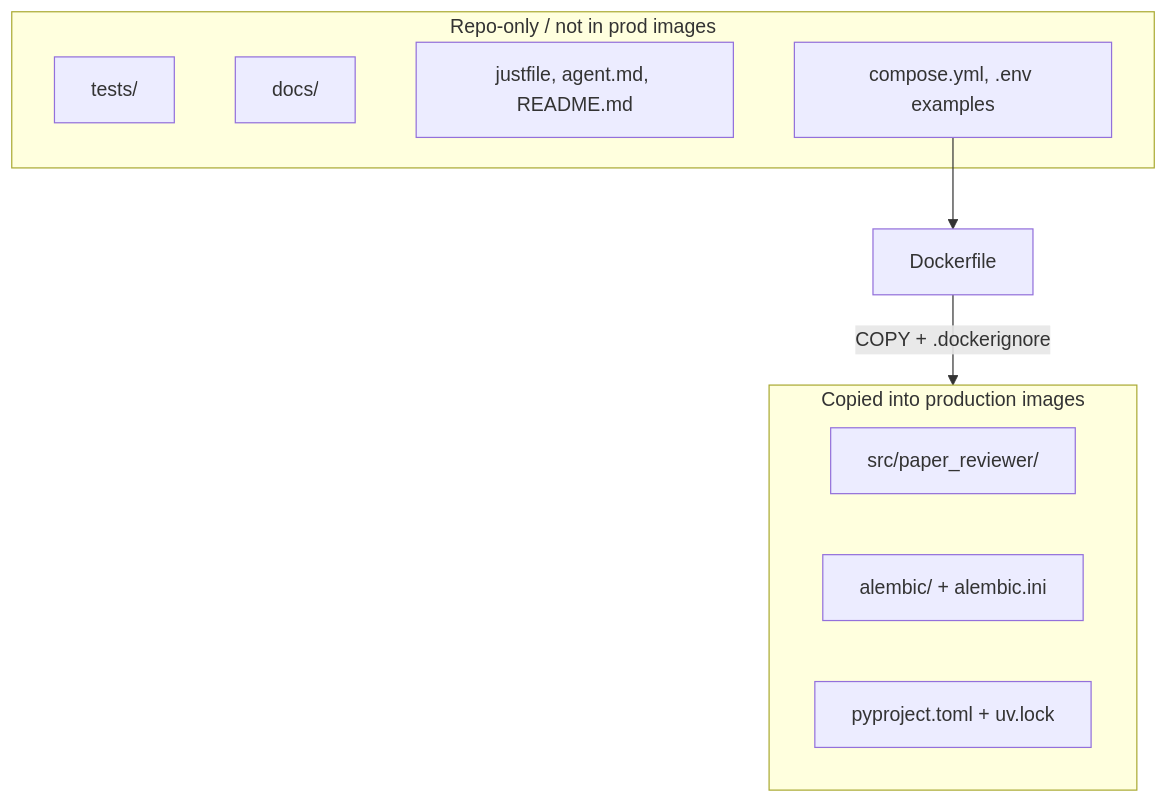
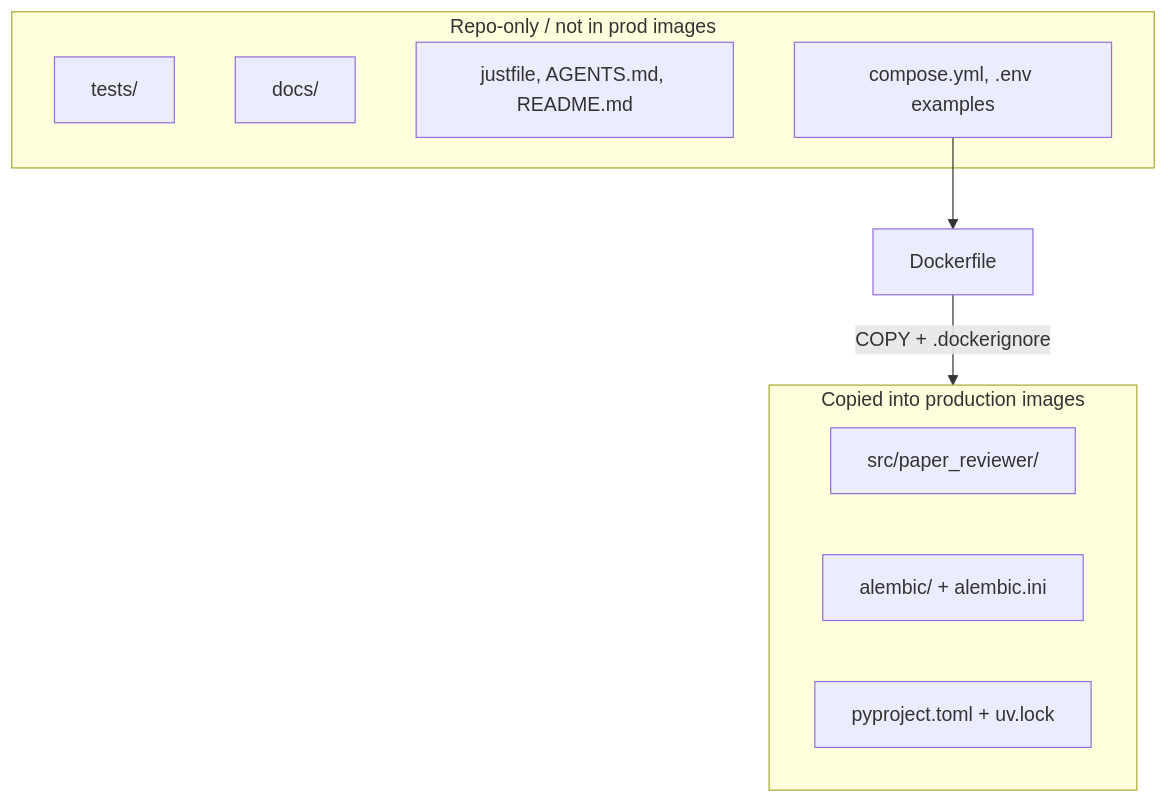
The diagram in docs/project-structure.md (GustavoRusso/paper-reviewer), drawn with Mermaid before and after one commit. The commit also changed other lines of this file and 3 other files, not shown here.

````diff
--- a/docs/project-structure.md
+++ b/docs/project-structure.md
@@ -29,18 +29,18 @@
 ```mermaid
 flowchart TB
   subgraph deploy [Copied into production images]
     srcPkg["src/paper_reviewer/"]
     alembicDir["alembic/ + alembic.ini"]
     deps["pyproject.toml + uv.lock"]
   end
 
   subgraph localOnly [Repo-only / not in prod images]
     testsDir["tests/"]
     docsDir["docs/"]
-    hostTools["justfile, agent.md, README.md"]
+    hostTools["justfile, AGENTS.md, README.md"]
     composeFiles["compose.yml, .env examples"]
   end
 
   Dockerfile -->|"COPY + .dockerignore"| deploy
   composeFiles --> Dockerfile
 ```
````
